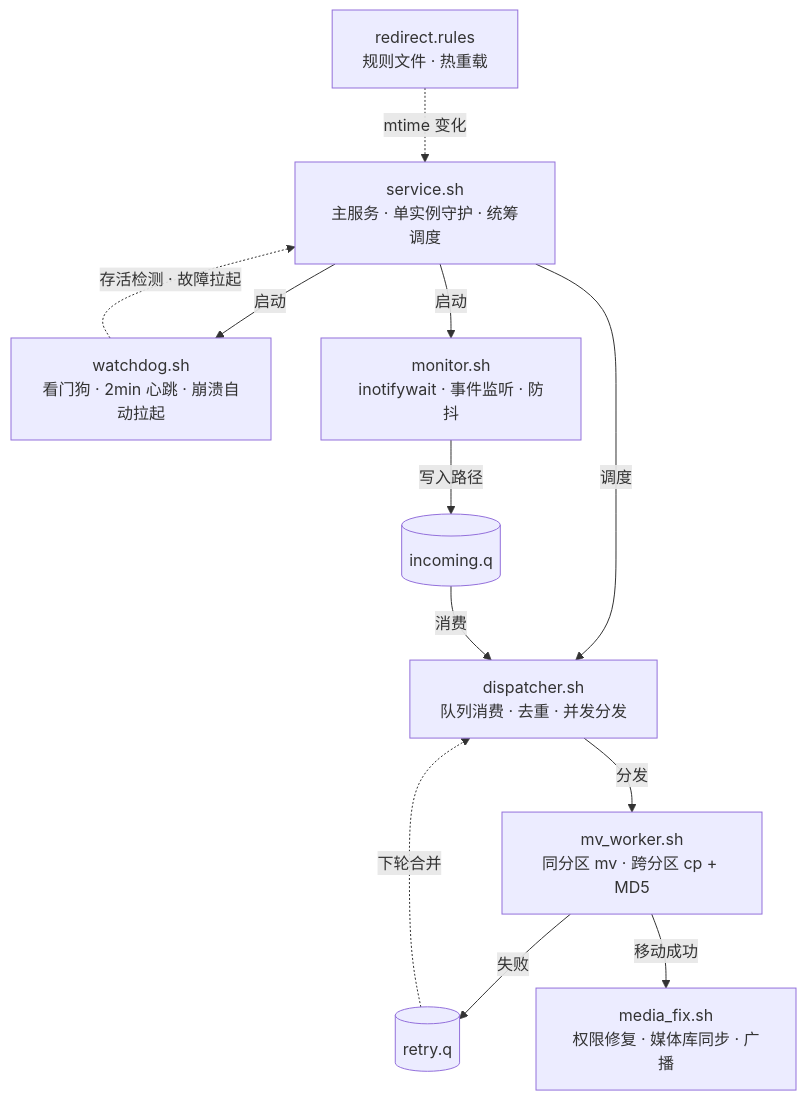
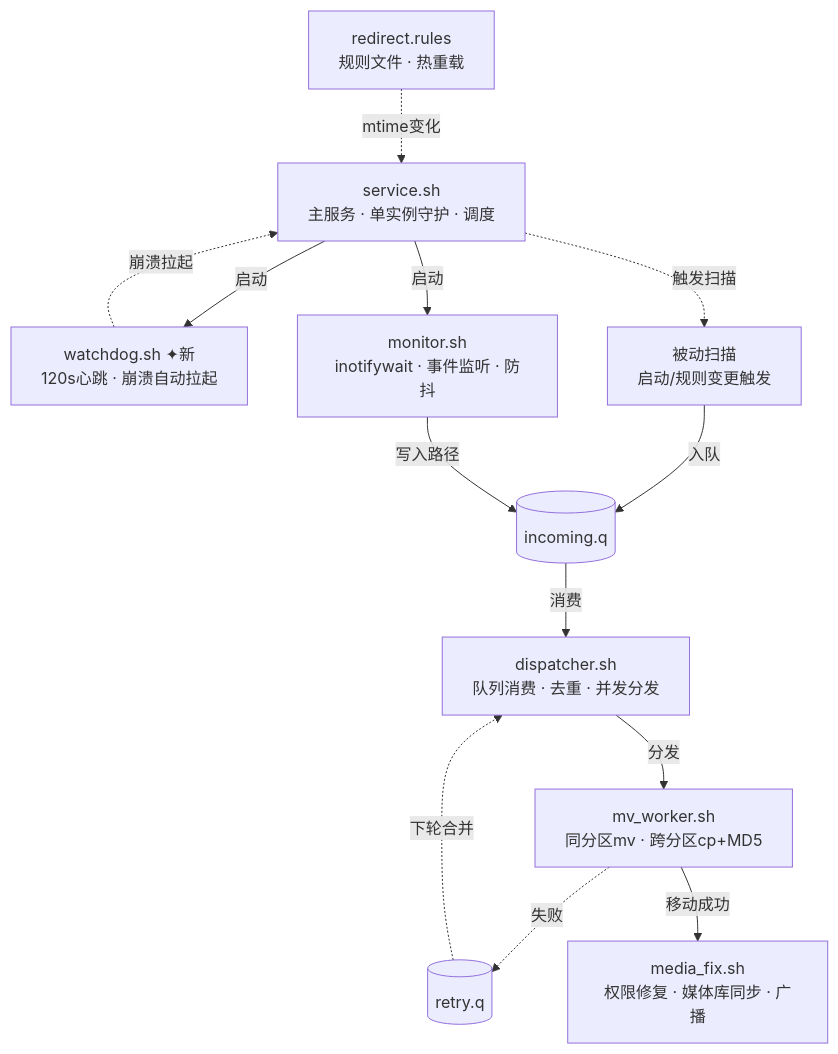
One commit to TWRJSSY/File_Redirector changed the diagram in README.md. Above: the diagram before and after it, drawn with Mermaid.

Commit message:
Add files via GitMob upload

````diff
--- a/README.md
+++ b/README.md
@@ -60,24 +60,26 @@
 ```mermaid
 graph TD
-    S[service.sh<br/>主服务 · 单实例守护 · 统筹调度]
-    W[watchdog.sh<br/>看门狗 · 2min 心跳 · 崩溃自动拉起]
+    RU[redirect.rules<br/>规则文件 · 热重载]
+    S[service.sh<br/>主服务 · 单实例守护 · 调度]
+    W[watchdog.sh ✦新<br/>120s心跳 · 崩溃自动拉起]
     M[monitor.sh<br/>inotifywait · 事件监听 · 防抖]
+    SC[被动扫描<br/>启动/规则变更触发]
+    Q[(incoming.q)]
     D[dispatcher.sh<br/>队列消费 · 去重 · 并发分发]
-    Q[(incoming.q)]
+    V[mv_worker.sh<br/>同分区mv · 跨分区cp+MD5]
     R[(retry.q)]
-    V[mv_worker.sh<br/>同分区 mv · 跨分区 cp + MD5]
     F[media_fix.sh<br/>权限修复 · 媒体库同步 · 广播]
-    RU[redirect.rules<br/>规则文件 · 热重载]
 
+    RU -.->|mtime变化| S
+    S -->|启动| W
+    W -.->|崩溃拉起| S
     S -->|启动| M
-    S -->|调度| D
-    S -->|启动| W
-    W -.->|存活检测 · 故障拉起| S
-    RU -.->|mtime 变化| S
+    S -.->|触发扫描| SC
+    SC -->|入队| Q
     M -->|写入路径| Q
     Q -->|消费| D
     D -->|分发| V
-    V -->|失败| R
+    V -.->|失败| R
     R -.->|下轮合并| D
     V -->|移动成功| F
 ```
````
